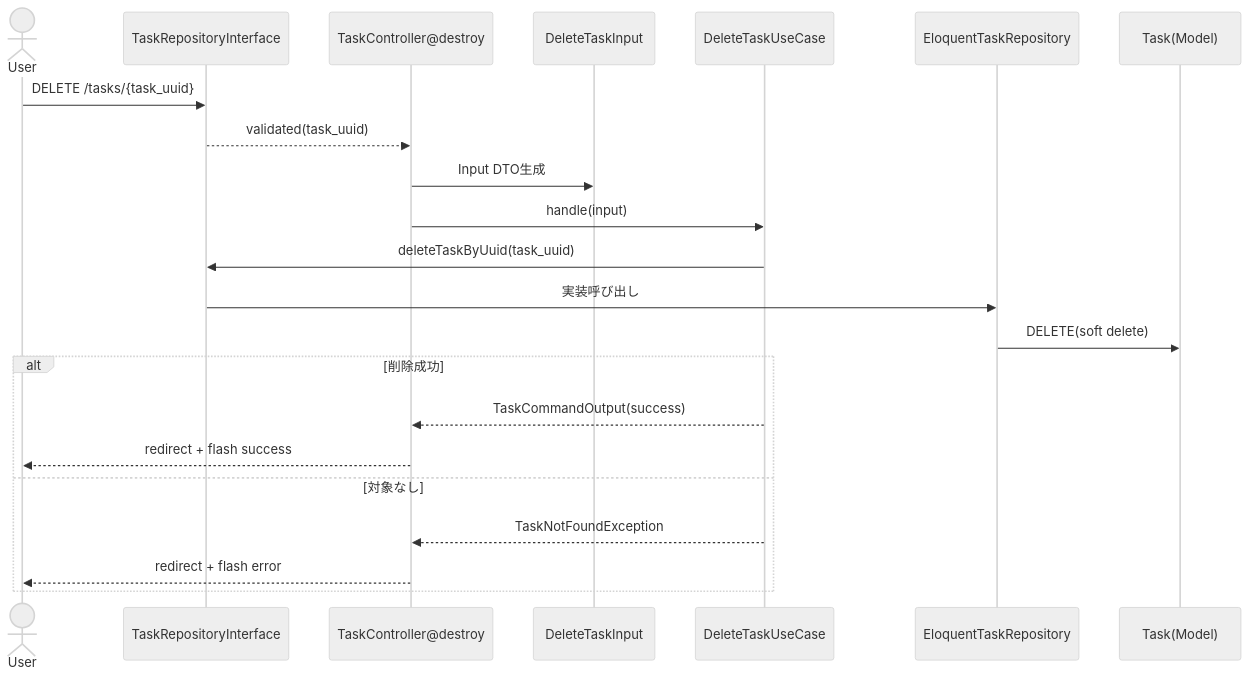
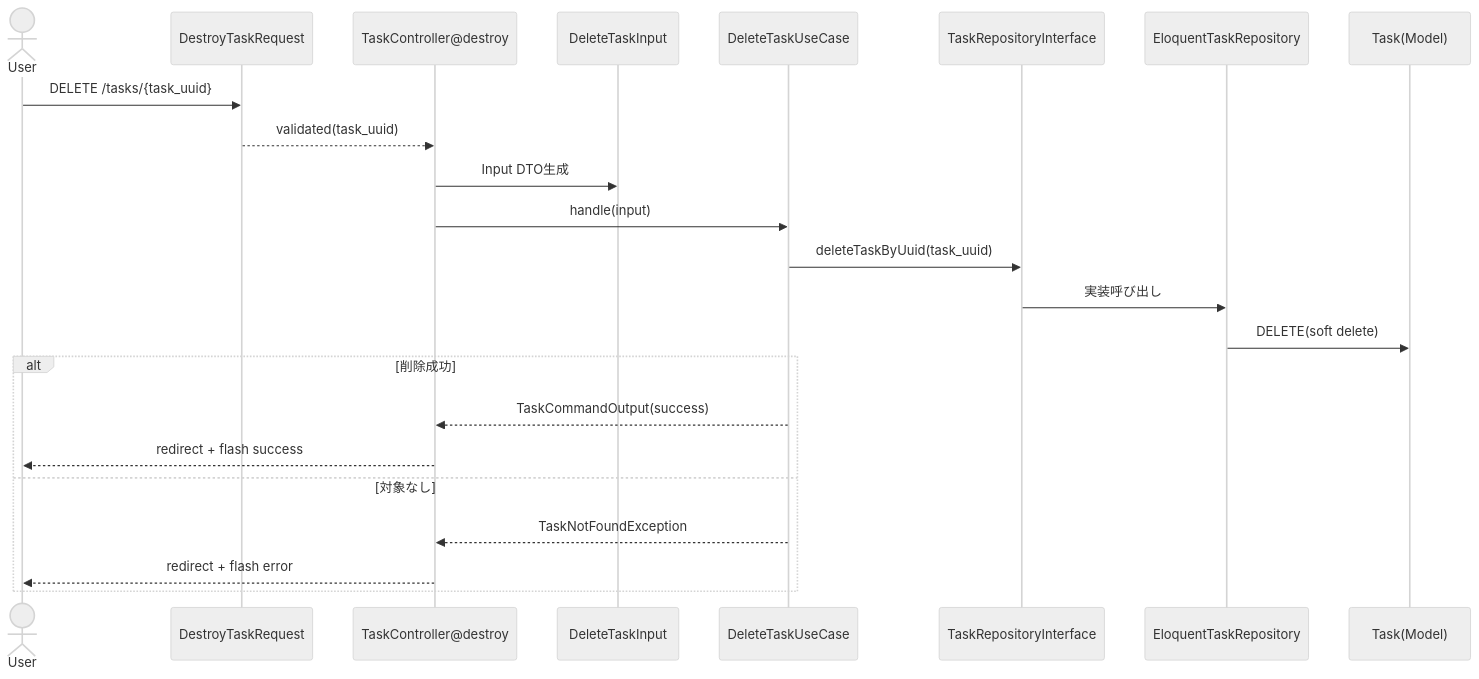
Before and after one commit to pasgroup/laravel-playground: the fifth of 5 diagrams in docs/task-usecase-data-flow.md, drawn with Mermaid (neutral theme). The commit also changed other lines of this file and 6 other files, not shown here.

````diff
--- a/docs/task-usecase-data-flow.md
+++ b/docs/task-usecase-data-flow.md
@@ -127,26 +127,26 @@
 ```mermaid
 sequenceDiagram
     actor U as User
-    participant R as DestroyTaskRequest
+    participant Req as DestroyTaskRequest
     participant C as TaskController@destroy
     participant D as DeleteTaskInput
     participant DU as DeleteTaskUseCase
-    participant R as TaskRepositoryInterface
+    participant Repo as TaskRepositoryInterface
     participant ER as EloquentTaskRepository
     participant T as Task(Model)
 
-    U->>R: DELETE /tasks/{task_uuid}
-    R-->>C: validated(task_uuid)
+    U->>Req: DELETE /tasks/{task_uuid}
+    Req-->>C: validated(task_uuid)
     C->>D: Input DTO生成
     C->>DU: handle(input)
-    DU->>R: deleteTaskByUuid(task_uuid)
-    R->>ER: 実装呼び出し
+    DU->>Repo: deleteTaskByUuid(task_uuid)
+    Repo->>ER: 実装呼び出し
     ER->>T: DELETE(soft delete)
     alt 削除成功
         DU-->>C: TaskCommandOutput(success)
         C-->>U: redirect + flash success
     else 対象なし
         DU-->>C: TaskNotFoundException
         C-->>U: redirect + flash error
     end
 ```
````
